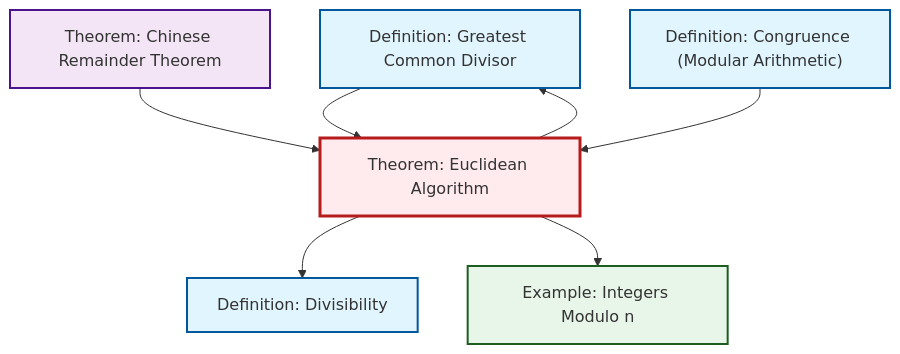
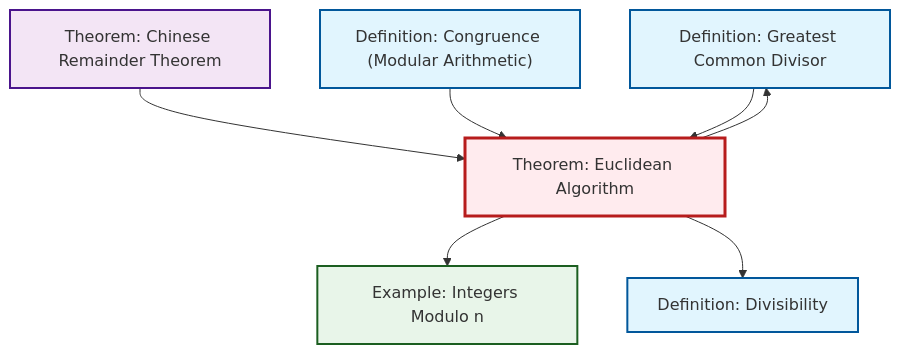
Before and after one commit to RK0429/ModernMath: the second of 2 diagrams in content/ja/number-theory/thm-euclidean-algorithm.qmd, drawn with Mermaid. The commit also changed other lines of this file and 619 other files, not shown here.

````diff
--- a/content/ja/number-theory/thm-euclidean-algorithm.qmd
+++ b/content/ja/number-theory/thm-euclidean-algorithm.qmd
@@ -96,27 +96,27 @@
 ```{mermaid}
 %%| fig-cap: "Local dependency graph"
 graph TD
     classDef definition fill:#e1f5fe,stroke:#01579b,stroke-width:2px
     classDef theorem fill:#f3e5f5,stroke:#4a148c,stroke-width:2px
     classDef axiom fill:#fff3e0,stroke:#e65100,stroke-width:2px
     classDef example fill:#e8f5e9,stroke:#1b5e20,stroke-width:2px
     classDef current fill:#ffebee,stroke:#b71c1c,stroke-width:3px
-    ex-quotient-integers-mod-n["Example: Integers Modulo n"]:::example
+    def-divisibility["Definition: Divisibility"]:::definition
     def-gcd["Definition: Greatest Common Divisor"]:::definition
     def-congruence["Definition: Congruence (Modular Arithmetic)"]:::definition
+    thm-euclidean-algorithm["Theorem: Euclidean Algorithm"]:::theorem
+    ex-quotient-integers-mod-n["Example: Integers Modulo n"]:::example
     thm-chinese-remainder["Theorem: Chinese Remainder Theorem"]:::theorem
-    thm-euclidean-algorithm["Theorem: Euclidean Algorithm"]:::theorem
-    def-divisibility["Definition: Divisibility"]:::definition
+    thm-chinese-remainder --> thm-euclidean-algorithm
+    def-congruence --> thm-euclidean-algorithm
+    thm-euclidean-algorithm --> def-gcd
+    def-gcd --> thm-euclidean-algorithm
+    thm-euclidean-algorithm --> ex-quotient-integers-mod-n
     thm-euclidean-algorithm --> def-divisibility
-    def-gcd --> thm-euclidean-algorithm
-    thm-euclidean-algorithm --> def-gcd
-    thm-chinese-remainder --> thm-euclidean-algorithm
-    thm-euclidean-algorithm --> ex-quotient-integers-mod-n
-    def-congruence --> thm-euclidean-algorithm
     class thm-euclidean-algorithm current
-    click ex-quotient-integers-mod-n "ex-quotient-integers-mod-n.html" "Example: Integers Modulo nへ"
+    click def-divisibility "def-divisibility.html" "Definition: Divisibilityへ"
     click def-gcd "def-gcd.html" "Definition: Greatest Common Divisorへ"
     click def-congruence "def-congruence.html" "Definition: Congruence (Modular Arithmetic)へ"
+    click ex-quotient-integers-mod-n "ex-quotient-integers-mod-n.html" "Example: Integers Modulo nへ"
     click thm-chinese-remainder "thm-chinese-remainder.html" "Theorem: Chinese Remainder Theoremへ"
-    click def-divisibility "def-divisibility.html" "Definition: Divisibilityへ"
 ```
````
